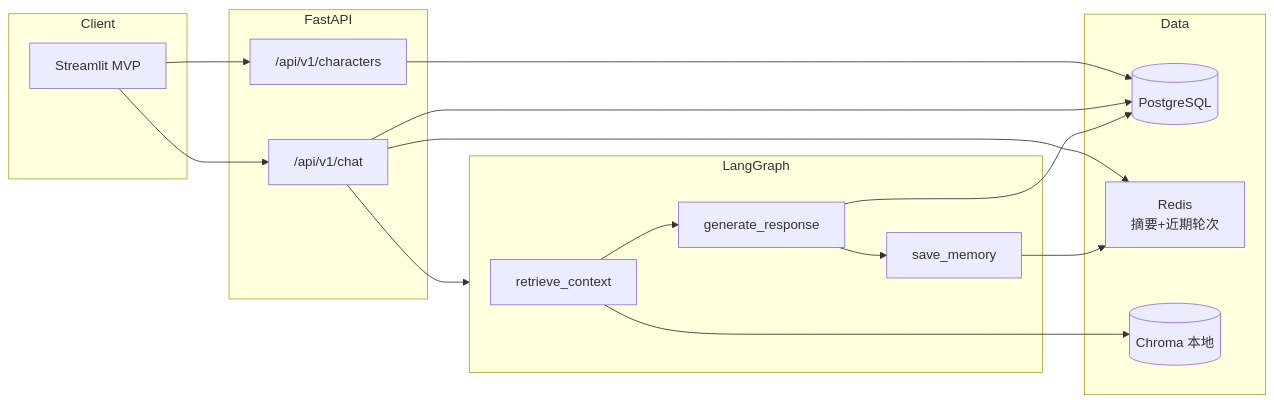
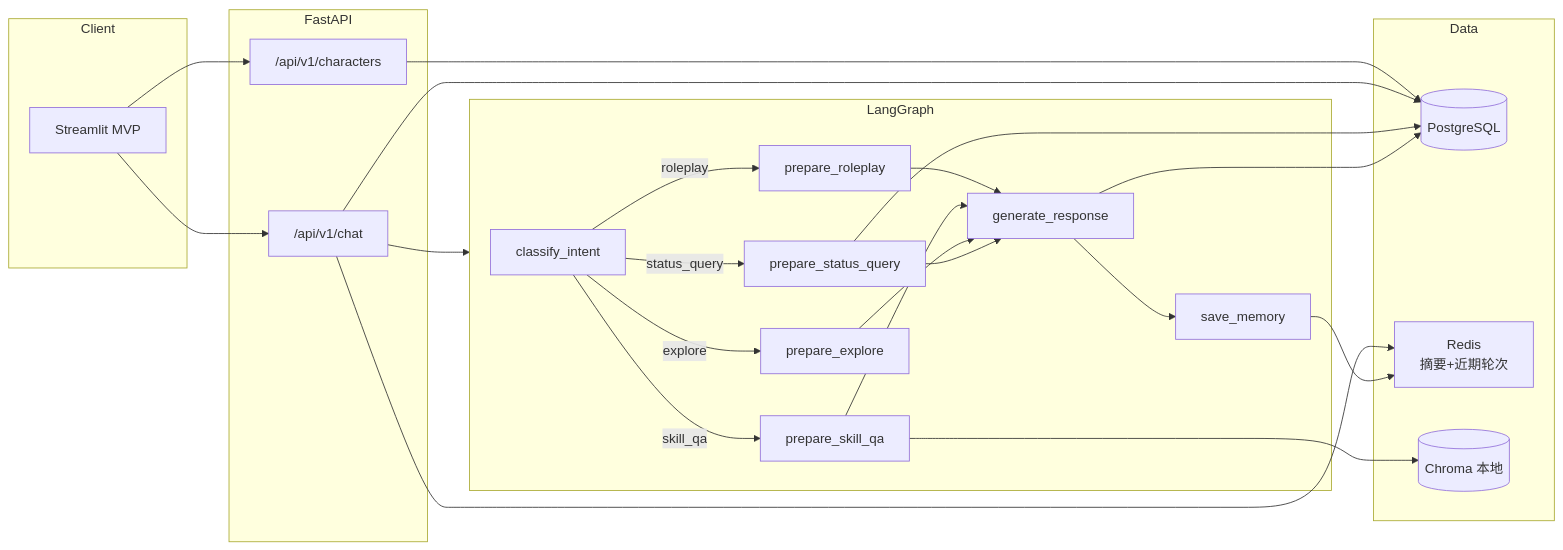
The diagram in README.md (xmaaaa/xianxia-agent), drawn with Mermaid before and after one commit. The commit also changed other lines of this file and 10 other files, not shown here.

````diff
--- a/README.md
+++ b/README.md
@@ -9,30 +9,43 @@
 ```mermaid
 flowchart LR
   subgraph client [Client]
     ST[Streamlit MVP]
   end
   subgraph api [FastAPI]
     CR["/api/v1/characters"]
     CH["/api/v1/chat"]
   end
   subgraph agent [LangGraph]
-    R[retrieve_context]
+    CLS[classify_intent]
+    PR[prepare_roleplay]
+    PS[prepare_skill_qa]
+    PE[prepare_explore]
+    PQ[prepare_status_query]
     G[generate_response]
     S[save_memory]
-    R --> G --> S
+    CLS -->|roleplay| PR
+    CLS -->|skill_qa| PS
+    CLS -->|explore| PE
+    CLS -->|status_query| PQ
+    PR --> G
+    PS --> G
+    PE --> G
+    PQ --> G
+    G --> S
   end
   subgraph data [Data]
     PG[(PostgreSQL)]
     RD["Redis<br/>摘要+近期轮次"]
     CHM[(Chroma 本地)]
   end
   ST --> CR
   ST --> CH
   CH --> agent
   CR --> PG
   CH --> RD
   CH --> PG
-  R --> CHM
+  PS --> CHM
+  PQ --> PG
   G --> PG
   S --> RD
 ```
````
